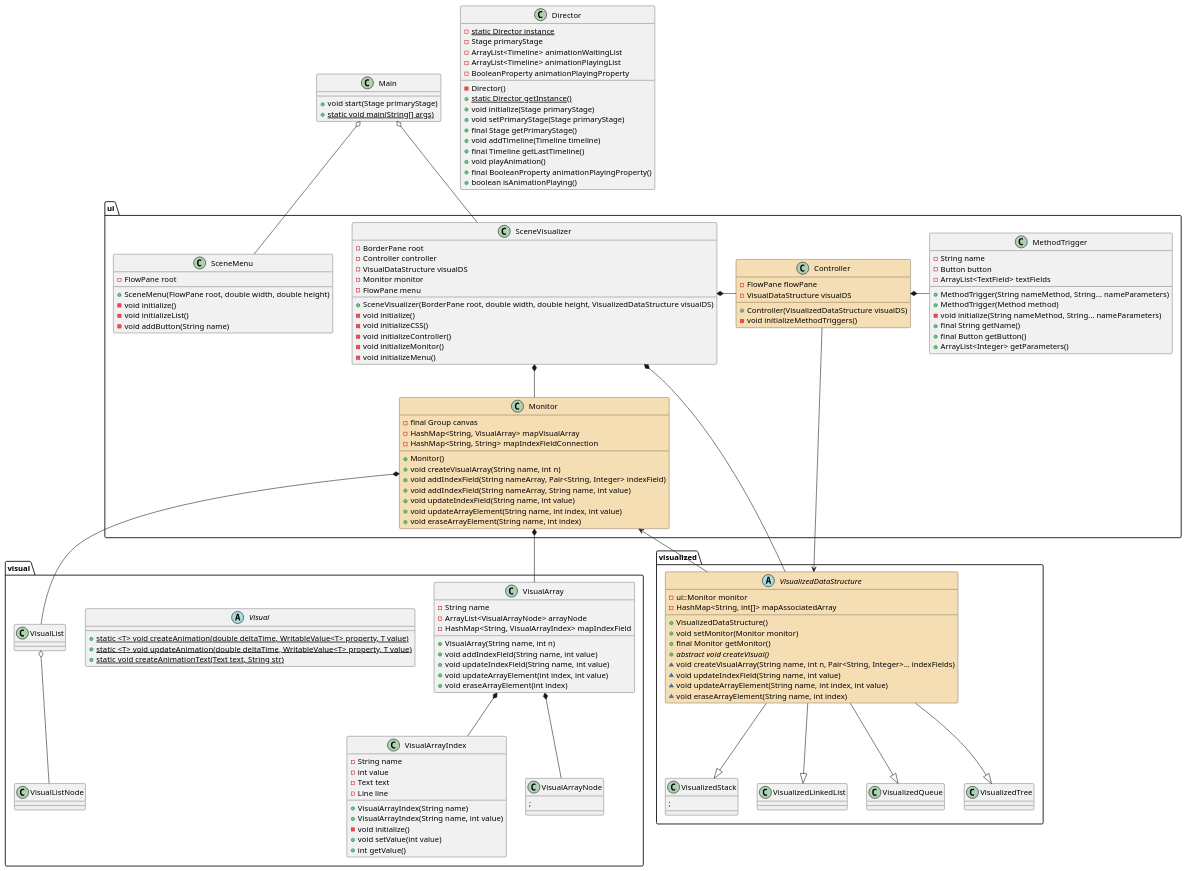
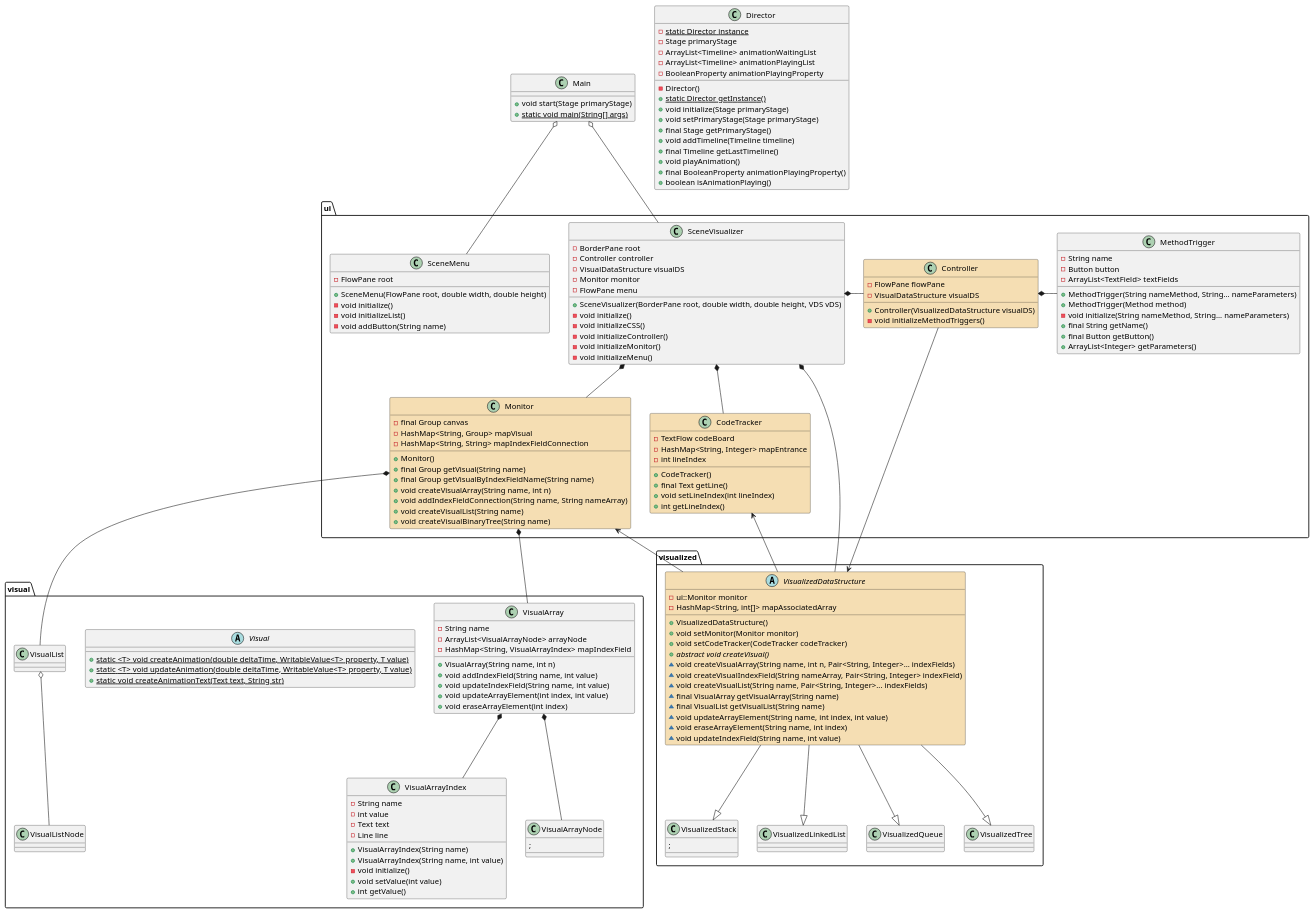
One commit to JM233333/data-structure-visualizer changed the diagram in classDiagram.puml. Above: the diagram before and after it, drawn with PlantUML. The commit also changed 10 other files, not shown here.

```diff
--- a/classDiagram.puml
+++ b/classDiagram.puml
@@ -1,160 +1,176 @@
 @startuml demo
 
 set namespaceSeparator ::
 
 namespace ui {
 
     class SceneMenu {
         - FlowPane root
         + SceneMenu(FlowPane root, double width, double height)
         - void initialize()
         - void initializeList()
         - void addButton(String name)
     }
     class SceneVisualizer {
         - BorderPane root
         - Controller controller
         - VisualDataStructure visualDS
         - Monitor monitor
         - FlowPane menu
-        + SceneVisualizer(BorderPane root, double width, double height, VisualizedDataStructure visualDS)
+        + SceneVisualizer(BorderPane root, double width, double height, VDS vDS)
         - void initialize()
         - void initializeCSS()
         - void initializeController()
         - void initializeMonitor()
         - void initializeMenu()
     }
 
-    class Controller #Wheat {
+    class Controller #wheat {
         - FlowPane flowPane
         - VisualDataStructure visualDS
         + Controller(VisualizedDataStructure visualDS)
         - void initializeMethodTriggers()
     }
     class MethodTrigger {
         - String name
         - Button button
         - ArrayList<TextField> textFields
         + MethodTrigger(String nameMethod, String... nameParameters)
         + MethodTrigger(Method method)
         - void initialize(String nameMethod, String... nameParameters)
         + final String getName()
         + final Button getButton()
         + ArrayList<Integer> getParameters()
     }
-    class Monitor #Wheat {
+    class Monitor #wheat {
         - final Group canvas
-        - HashMap<String, VisualArray> mapVisualArray
+        - HashMap<String, Group> mapVisual
         - HashMap<String, String> mapIndexFieldConnection
         + Monitor()
+        + final Group getVisual(String name)
+        + final Group getVisualByIndexFieldName(String name)
         + void createVisualArray(String name, int n)
-        + void addIndexField(String nameArray, Pair<String, Integer> indexField)
-        + void addIndexField(String nameArray, String name, int value)
-        + void updateIndexField(String name, int value)
-        + void updateArrayElement(String name, int index, int value)
-        + void eraseArrayElement(String name, int index)
+        + void addIndexFieldConnection(String name, String nameArray)
+        + void createVisualList(String name)
+        + void createVisualBinaryTree(String name)
+    }
+    class CodeTracker #wheat {
+        - TextFlow codeBoard
+        - HashMap<String, Integer> mapEntrance
+        - int lineIndex
+        + CodeTracker()
+        + final Text getLine()
+        + void setLineIndex(int lineIndex)
+        + int getLineIndex()
     }
 
     SceneVisualizer *- Controller
     SceneVisualizer *-- Monitor
+    SceneVisualizer *-- CodeTracker
     Controller *- MethodTrigger
+    Monitor -right[hidden]-> CodeTracker
 
 }
 
 namespace visualized {
 
-    abstract class VisualizedDataStructure #Wheat {
+    abstract class VisualizedDataStructure #wheat {
         - ui::Monitor monitor
         - HashMap<String, int[]> mapAssociatedArray
         + VisualizedDataStructure()
         + void setMonitor(Monitor monitor)
-        + final Monitor getMonitor()
+        + void setCodeTracker(CodeTracker codeTracker)
         + {abstract} abstract void createVisual()
         ~ void createVisualArray(String name, int n, Pair<String, Integer>... indexFields)
-        ~ void updateIndexField(String name, int value)
+        ~ void createVisualIndexField(String nameArray, Pair<String, Integer> indexField)
+        ~ void createVisualList(String name, Pair<String, Integer>... indexFields)
+        ~ final VisualArray getVisualArray(String name)
+        ~ final VisualList getVisualList(String name)
         ~ void updateArrayElement(String name, int index, int value)
         ~ void eraseArrayElement(String name, int index)
+        ~ void updateIndexField(String name, int value)
     }
     class VisualizedStack {
         ;
     }
 
     VisualizedDataStructure --|> VisualizedLinkedList
     VisualizedDataStructure --|> VisualizedStack
     VisualizedDataStructure --|> VisualizedQueue
     VisualizedDataStructure --|> VisualizedTree
 }
 
 namespace visual {
 
     abstract class Visual {
         + {static} static <T> void createAnimation(double deltaTime, WritableValue<T> property, T value)
         + {static} static <T> void updateAnimation(double deltaTime, WritableValue<T> property, T value)
         + {static} static void createAnimationText(Text text, String str)
     }
     class VisualArray {
         - String name
         - ArrayList<VisualArrayNode> arrayNode
         - HashMap<String, VisualArrayIndex> mapIndexField
         + VisualArray(String name, int n)
         + void addIndexField(String name, int value)
         + void updateIndexField(String name, int value)
         + void updateArrayElement(int index, int value)
         + void eraseArrayElement(int index)
     }
     class VisualArrayIndex {
         - String name
         - int value
         - Text text
         - Line line
         + VisualArrayIndex(String name)
         + VisualArrayIndex(String name, int value)
         - void initialize()
         + void setValue(int value)
         + int getValue()
     }
     class VisualArrayNode {
         ;
     }
 
     VisualArray *-- VisualArrayIndex
     VisualArray *-- VisualArrayNode
     VisualList o-- VisualListNode
 }
 
 class Main {
     + void start(Stage primaryStage)
     + {static} static void main(String[] args)
 }
 
 class Director {
     - {static} static Director instance
     - Stage primaryStage
     - ArrayList<Timeline> animationWaitingList
     - ArrayList<Timeline> animationPlayingList
     - BooleanProperty animationPlayingProperty
     - Director()
     + {static} static Director getInstance()
     + void initialize(Stage primaryStage)
     + void setPrimaryStage(Stage primaryStage)
     + final Stage getPrimaryStage()
     + void addTimeline(Timeline timeline)
     + final Timeline getLastTimeline()
     + void playAnimation()
     + final BooleanProperty animationPlayingProperty()
     + boolean isAnimationPlaying()
 }
 
 Main o-- ui::SceneMenu
 Main o-- ui::SceneVisualizer
 
 ui::SceneVisualizer *-- visualized::VisualizedDataStructure
 ui::Controller -down-> visualized::VisualizedDataStructure
 visualized::VisualizedDataStructure -up-> ui::Monitor
+visualized::VisualizedDataStructure -up-> ui::CodeTracker
 
 ui::Monitor *-- visual::VisualArray
 ui::Monitor *-- visual::VisualList
 
 visualized::VisualizedDataStructure -left[hidden]-> visual::VisualArray
 
 @enduml
```
